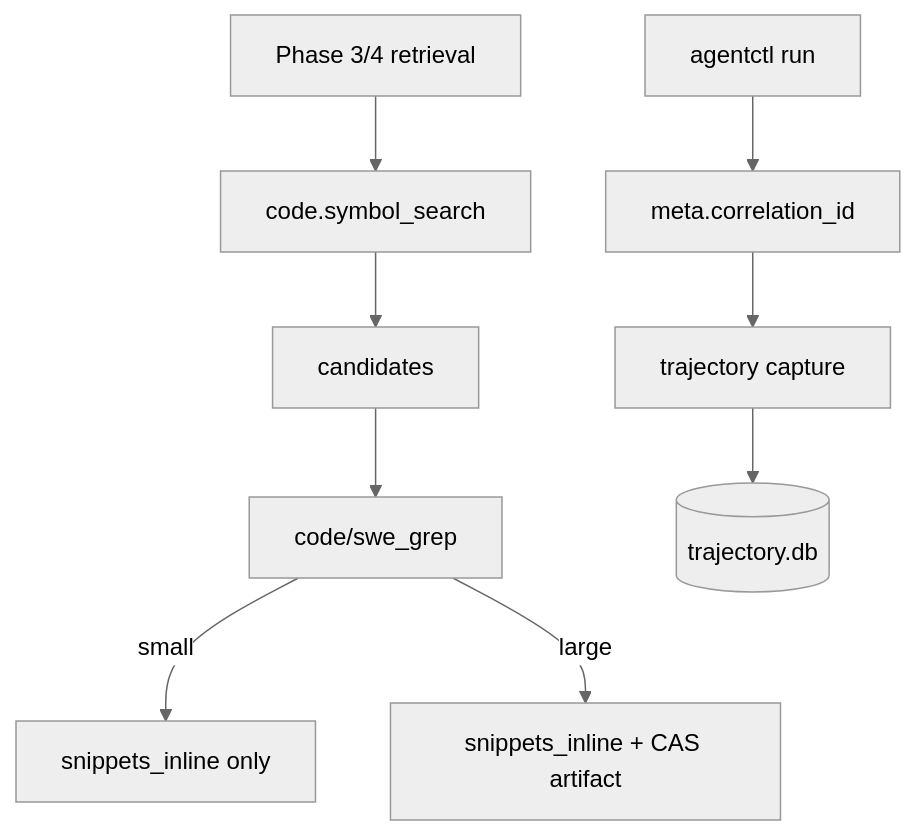
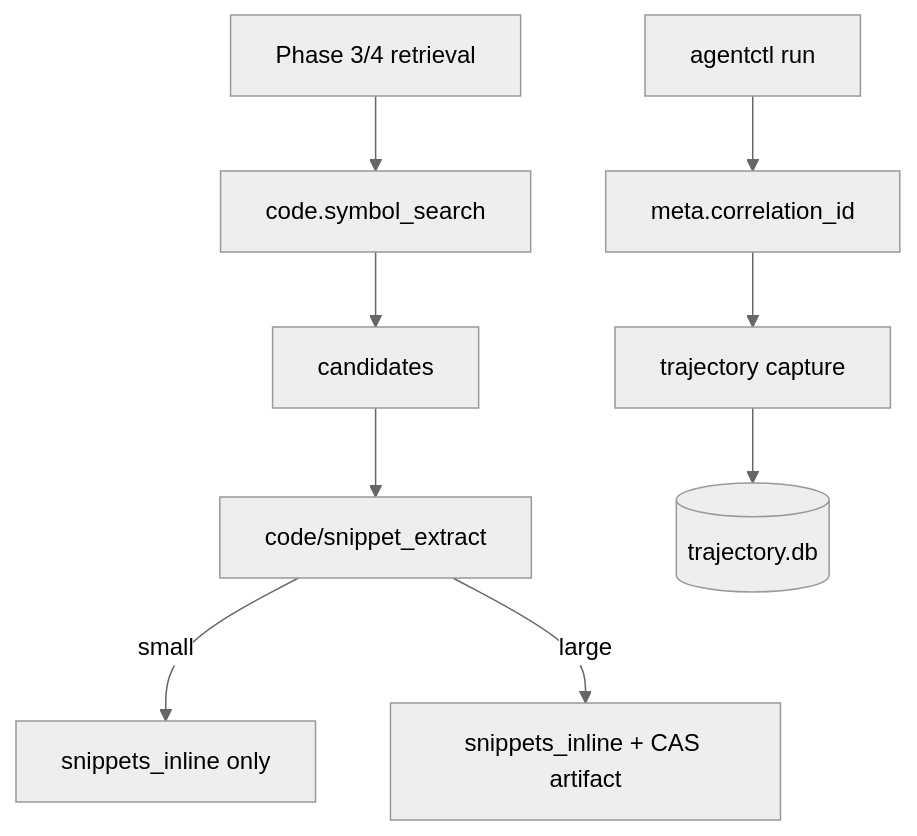
One commit to joshka0/foxctl changed the diagram in docs/specs/2025-12-13_universal_swe_grep_followups.md. Above: the diagram before and after it, drawn with Mermaid (neutral theme). The commit also changed other lines of this file and 79 other files, not shown here.

````diff
--- a/docs/specs/2025-12-13_universal_swe_grep_followups.md
+++ b/docs/specs/2025-12-13_universal_swe_grep_followups.md
@@ -170,12 +170,12 @@
 ```mermaid
 graph TD
   A[Phase 3/4 retrieval] --> B[code.symbol_search]
   B --> C[candidates]
-  C --> D[code/swe_grep]
+  C --> D[code/snippet_extract]
   D -->|small| E[snippets_inline only]
   D -->|large| F[snippets_inline + CAS artifact]
 
   G[agentctl run] --> H[meta.correlation_id]
   H --> I[trajectory capture]
   I --> J[(trajectory.db)]
 ```
````
